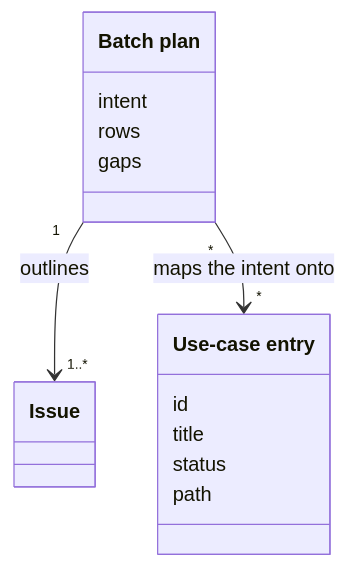
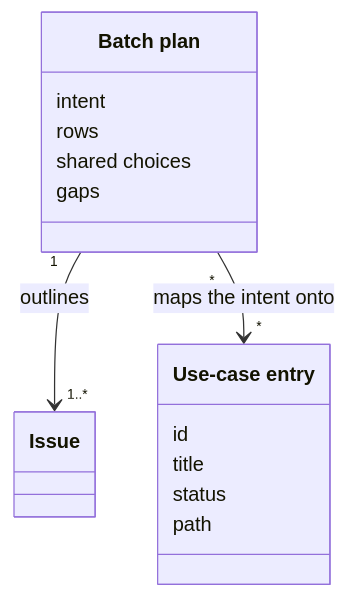
Before and after one commit to aleskalfas/project-kit: the first of 2 diagrams in tech-docs/analysis/project-management/domain-model/050-batch-planning.md, drawn with Mermaid. The commit also changed other lines of this file and 7 other files, not shown here.

````diff
--- a/tech-docs/analysis/project-management/domain-model/050-batch-planning.md
+++ b/tech-docs/analysis/project-management/domain-model/050-batch-planning.md
@@ -25,19 +28,20 @@
 ```mermaid
 classDiagram
   accTitle: Batch planning
-  accDescr: A batch plan outlines the issues to file for one intent, each with its parent. It maps the intent onto use-case entries. A use-case entry names one goal by its id, title and status.
+  accDescr: A batch plan outlines the issues to file for one intent, each with its parent. It judges each choice the slices would share. It maps the intent onto use-case entries. A use-case entry names one goal by its id, title and status.
   class BatchPlan["Batch plan"] {
     intent
     rows
+    shared choices
     gaps
   }
   class UseCaseEntry["Use-case entry"] {
     id
     title
     status
     path
   }
   class Issue
   BatchPlan "1" --> "1..*" Issue : outlines
   BatchPlan "*" --> "*" UseCaseEntry : maps the intent onto
 ```
````
